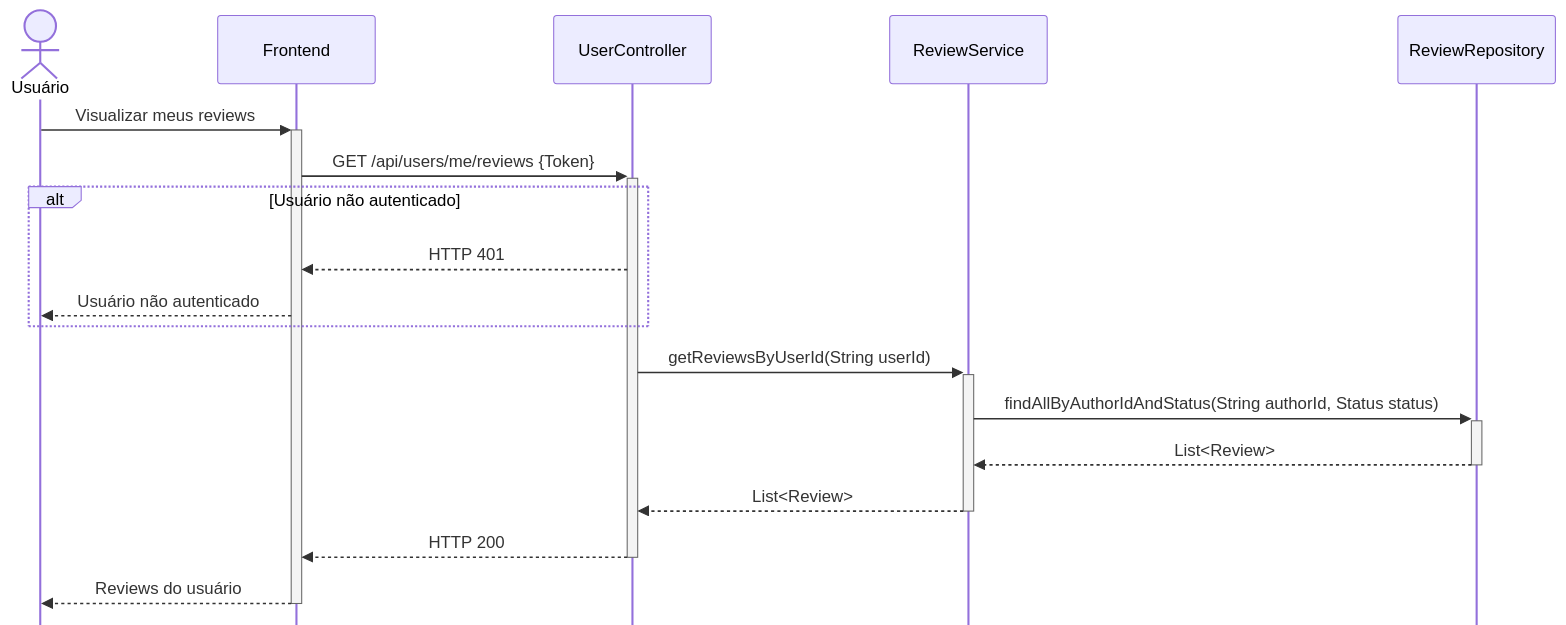
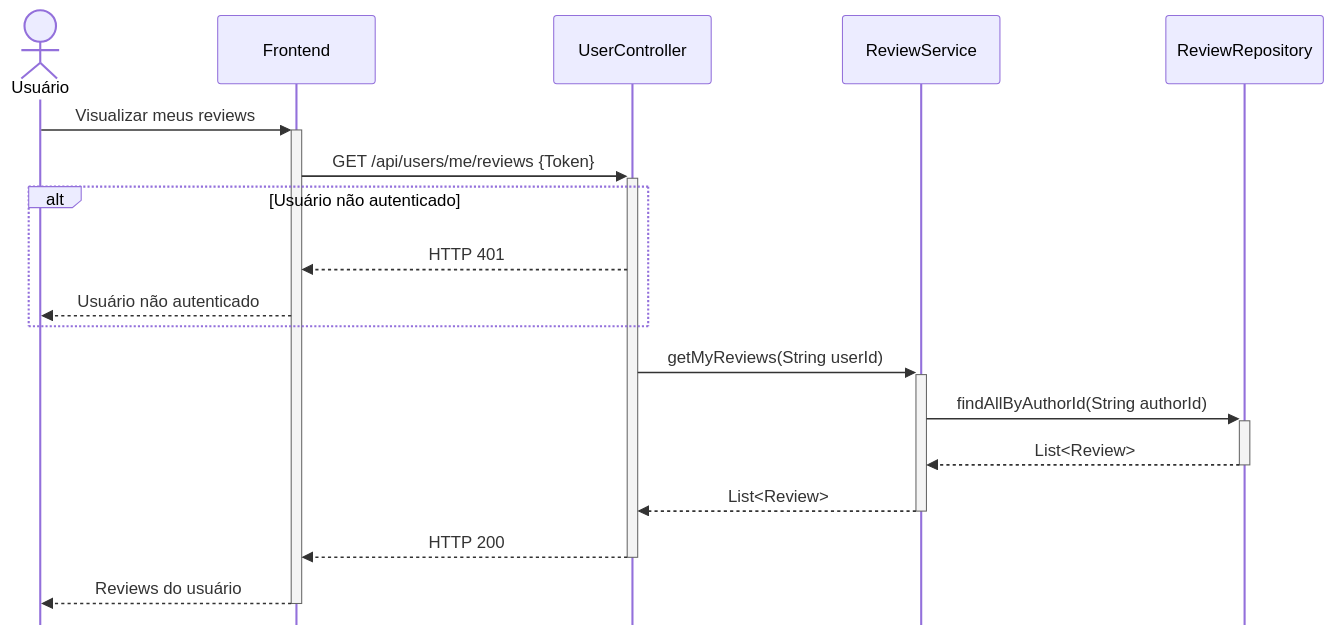
Before and after one commit to feliquisds/cooker-api: the diagram in docs/Diagramas de Sequência/10 Visualizar meus reviews.mmd, drawn with Mermaid. The commit also changed 24 other files, not shown here.

```diff
--- a/docs/Diagramas de Sequência/10 Visualizar meus reviews.mmd
+++ b/docs/Diagramas de Sequência/10 Visualizar meus reviews.mmd
@@ -1,26 +1,26 @@
 ---
 config:
     mirrorActors: false
 ---
 
 sequenceDiagram
     actor U as Usuário
     participant F as Frontend
     participant C as UserController
     participant S as ReviewService
     participant R as ReviewRepository
 
     U->>+F: Visualizar meus reviews
     F->>+C: GET /api/users/me/reviews {Token}
 
     alt Usuário não autenticado
         C-->>F: HTTP 401
         F-->>U: Usuário não autenticado
     end
 
-    C->>+S: getReviewsByUserId(String userId)
-    S->>+R: findAllByAuthorIdAndStatus(String authorId, Status status)
+    C->>+S: getMyReviews(String userId)
+    S->>+R: findAllByAuthorId(String authorId)
     R-->>-S: List<Review>
     S-->>-C: List<Review>
     C-->>-F: HTTP 200
     F-->>-U: Reviews do usuário
```
